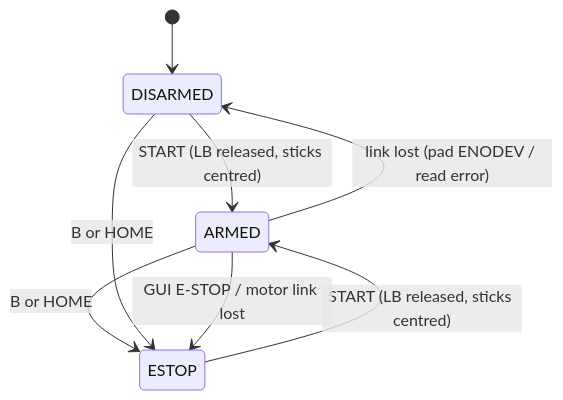
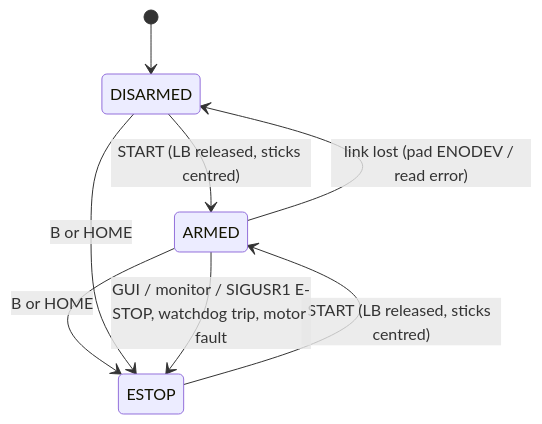
One commit to kennedyrobotics/KR-robot changed the second of 5 diagrams in README.md. Above: the diagram before and after it, drawn with Mermaid. The commit also changed other lines of this file and 4 other files, not shown here.

````diff
--- a/README.md
+++ b/README.md
@@ -129,10 +143,10 @@
 ```mermaid
 stateDiagram-v2
     [*] --> DISARMED
     DISARMED --> ARMED: START (LB released, sticks centred)
     ARMED --> ESTOP: B or HOME
     DISARMED --> ESTOP: B or HOME
     ESTOP --> ARMED: START (LB released, sticks centred)
     ARMED --> DISARMED: link lost (pad ENODEV / read error)
-    ARMED --> ESTOP: GUI E-STOP / motor link lost
+    ARMED --> ESTOP: GUI / monitor / SIGUSR1 E-STOP, watchdog trip, motor fault
 ```
````
